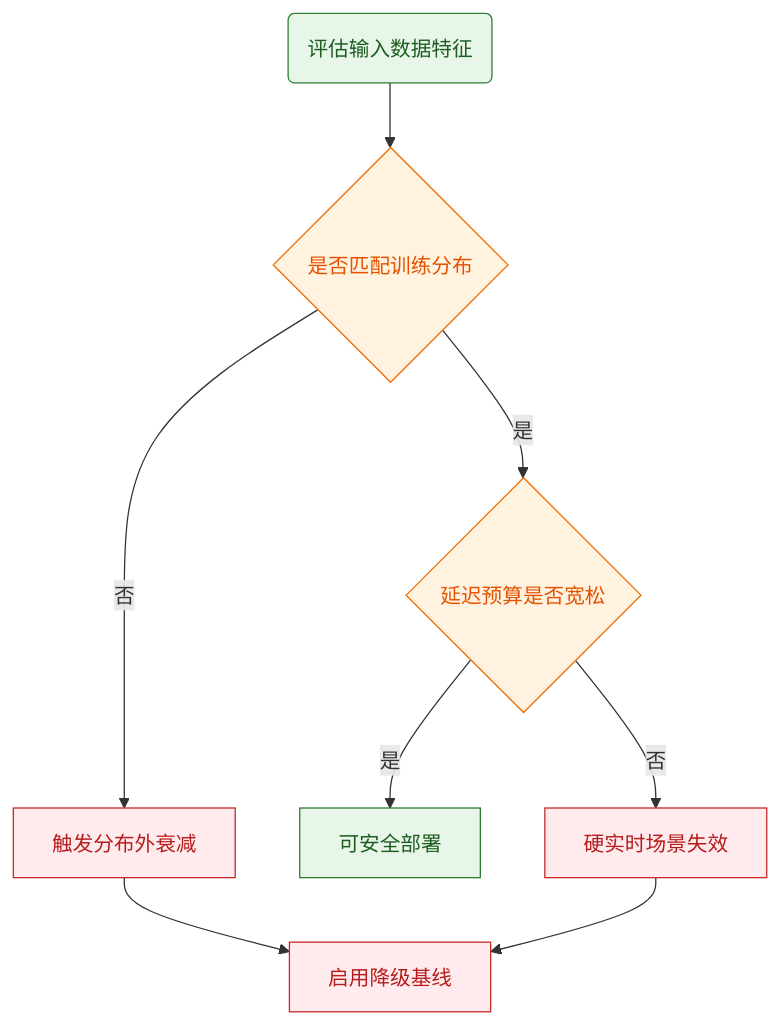
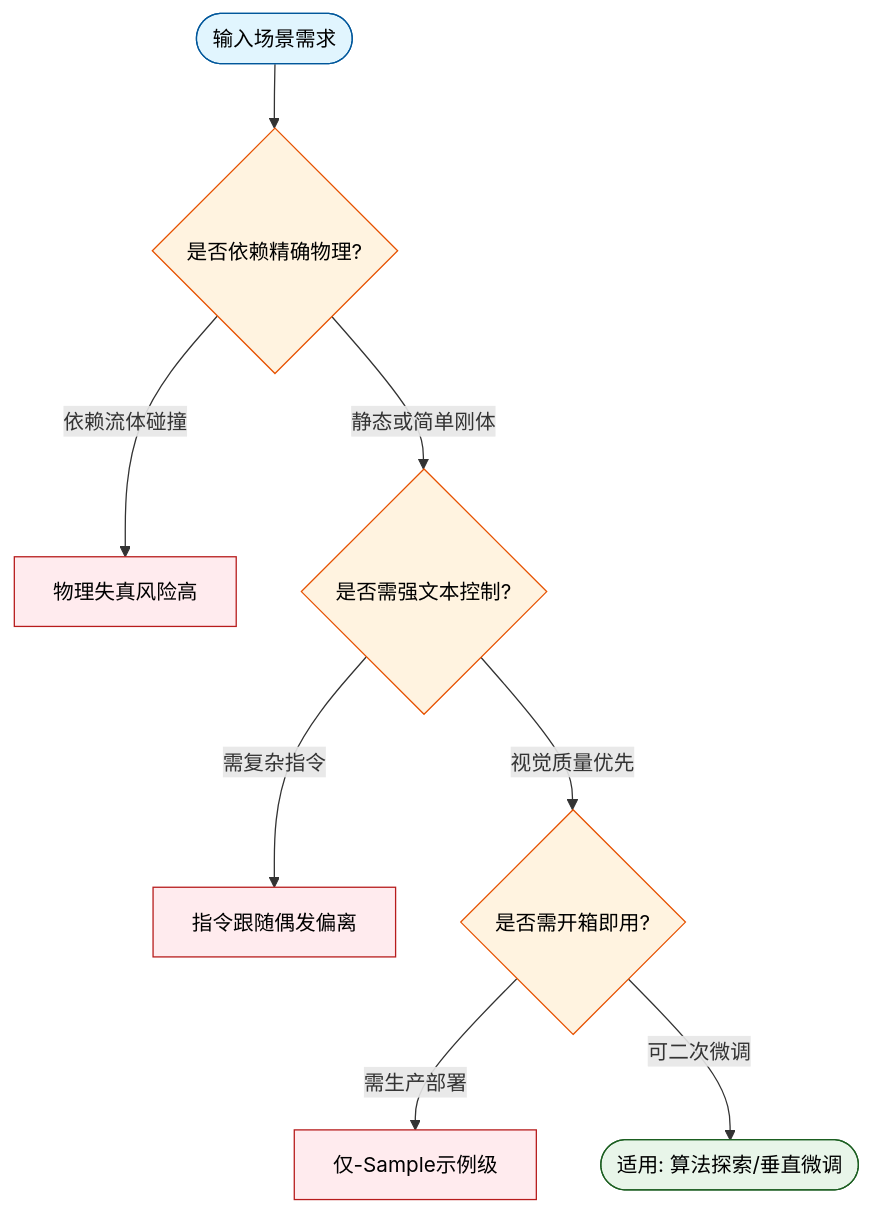
Before and after one commit to ShinewineW/paper-rolling: the tenth of 11 diagrams in person_vault/2026-06-08_CosmosWorldFoundationModelPlatformForPhysicalAI_2501.03575/report.md, drawn with Mermaid. The commit also changed other lines of this file and 51 other files, not shown here.

````diff
--- a/person_vault/2026-06-08_CosmosWorldFoundationModelPlatformForPhysicalAI_2501.03575/report.md
+++ b/person_vault/2026-06-08_CosmosWorldFoundationModelPlatformForPhysicalAI_2501.03575/report.md
@@ -474,19 +677,14 @@
 ```mermaid
 flowchart TD
-    classDef start fill:#e8f5e9,stroke:#2e7d32,color:#1b5e20;
-    classDef decision fill:#fff3e0,stroke:#ef6c00,color:#e65100;
-    classDef data fill:#e3f2fd,stroke:#1565c0,color:#0d47a1;
-    classDef fail fill:#ffebee,stroke:#c62828,color:#b71c1c;
-
-    eval_input(评估输入数据特征) --> check_dist{是否匹配训练分布}
-    check_dist -->|是| check_latency{延迟预算是否宽松}
-    check_dist -->|否| warn_ood["触发分布外衰减"]
-    check_latency -->|是| deploy_safe["可安全部署"]
-    check_latency -->|否| warn_rt["硬实时场景失效"]
-    warn_ood --> fallback_fallback["启用降级基线"]
-    warn_rt --> fallback_fallback
-
-    class eval_input,deploy_safe start;
-    class check_dist,check_latency decision;
-    class warn_ood,warn_rt,fallback_fallback fail;
+    classDef start fill:#e1f5fe,stroke:#01579b,color:#000;
+    classDef check fill:#fff3e0,stroke:#e65100,color:#000;
+    classDef fail fill:#ffebee,stroke:#b71c1c,color:#000;
+    classDef pass fill:#e8f5e9,stroke:#1b5e20,color:#000;
+    req(["输入场景需求"]):::start --> phys{是否依赖精确物理?}:::check
+    phys -- 依赖流体碰撞 --> fail_phys["物理失真风险高"]:::fail
+    phys -- 静态或简单刚体 --> instr{是否需强文本控制?}:::check
+    instr -- 需复杂指令 --> fail_instr["指令跟随偶发偏离"]:::fail
+    instr -- 视觉质量优先 --> deploy{是否需开箱即用?}:::check
+    deploy -- 需生产部署 --> fail_deploy["仅-Sample示例级"]:::fail
+    deploy -- 可二次微调 --> pass(["适用: 算法探索/垂直微调"]):::pass
 ```
````
